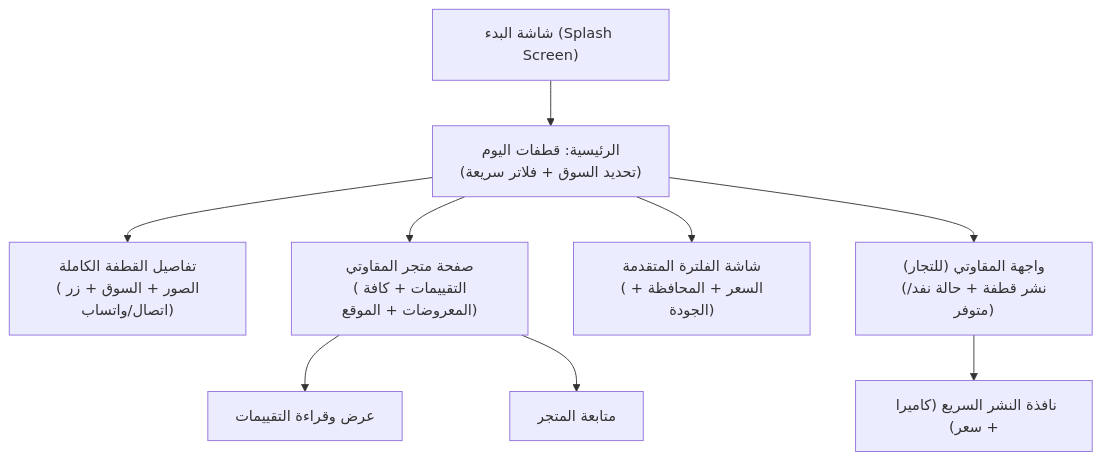
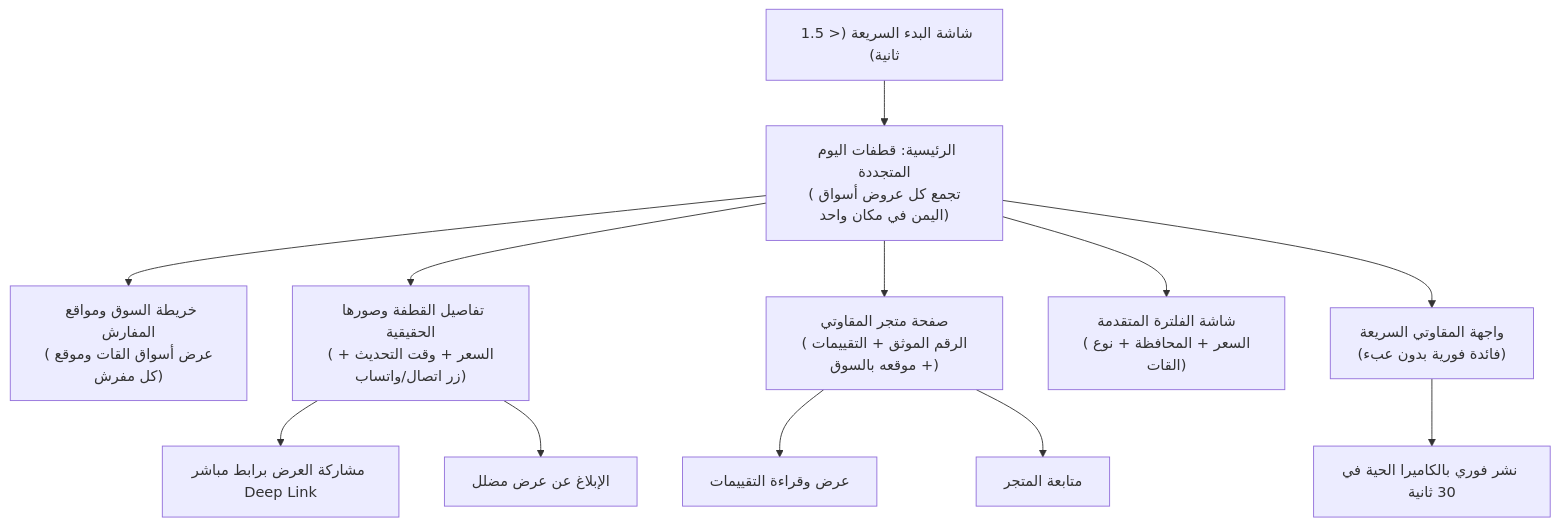
One commit to Emad20112/qatfa changed the diagram in docs/13-ui-ux-guidelines.md. Above: the diagram before and after it, drawn with Mermaid. The commit also changed other lines of this file and 13 other files, not shown here.

````diff
--- a/docs/13-ui-ux-guidelines.md
+++ b/docs/13-ui-ux-guidelines.md
@@ -81,13 +99,17 @@
 ```mermaid
 flowchart TD
-    Splash["شاشة البدء (Splash Screen)"] --> Home["الرئيسية: قطفات اليوم<br/>(تحديد السوق + فلاتر سريعة)"]
-    Home --> DropDetail["تفاصيل القطفة الكاملة<br/>(الصور + السوق + زر اتصال/واتساب)"]
-    Home --> StoreProfile["صفحة متجر المقاوتي<br/>(التقييمات + كافة المعروضات + الموقع)"]
-    Home --> SearchFilter["شاشة الفلترة المتقدمة<br/>(السعر + المحافظة + الجودة)"]
+    Splash["شاشة البدء السريعة (< 1.5 ثانية)"] --> Home["الرئيسية: قطفات اليوم المتجددة<br/>(تجمع كل عروض أسواق اليمن في مكان واحد)"]
+    Home --> MarketMap["خريطة السوق ومواقع المفارش<br/>(عرض أسواق القات وموقع كل مفرش)"]
+    Home --> DropDetail["تفاصيل القطفة وصورها الحقيقية<br/>(السعر + وقت التحديث + زر اتصال/واتساب)"]
+    Home --> StoreProfile["صفحة متجر المقاوتي<br/>(الرقم الموثق + التقييمات + موقعه بالسوق)"]
+    Home --> SearchFilter["شاشة الفلترة المتقدمة<br/>(السعر + المحافظة + نوع القات)"]
+    
+    DropDetail --> DeepLinkShare["مشاركة العرض برابط مباشر Deep Link"]
+    DropDetail --> ReportModal["الإبلاغ عن عرض مضلل"]
     
     StoreProfile --> Reviews["عرض وقراءة التقييمات"]
     StoreProfile --> Follow["متابعة المتجر"]
 
-    Home --> MerchantDashboard["واجهة المقاوتي (للتجار)<br/>(نشر قطفة + حالة نفد/متوفر)"]
-    MerchantDashboard --> QuickPublish["نافذة النشر السريع (كاميرا + سعر)"]
+    Home --> MerchantDashboard["واجهة المقاوتي السريعة<br/>(فائدة فورية بدون عبء)"]
+    MerchantDashboard --> QuickPublish["نشر فوري بالكاميرا الحية في 30 ثانية"]
 ```
````
